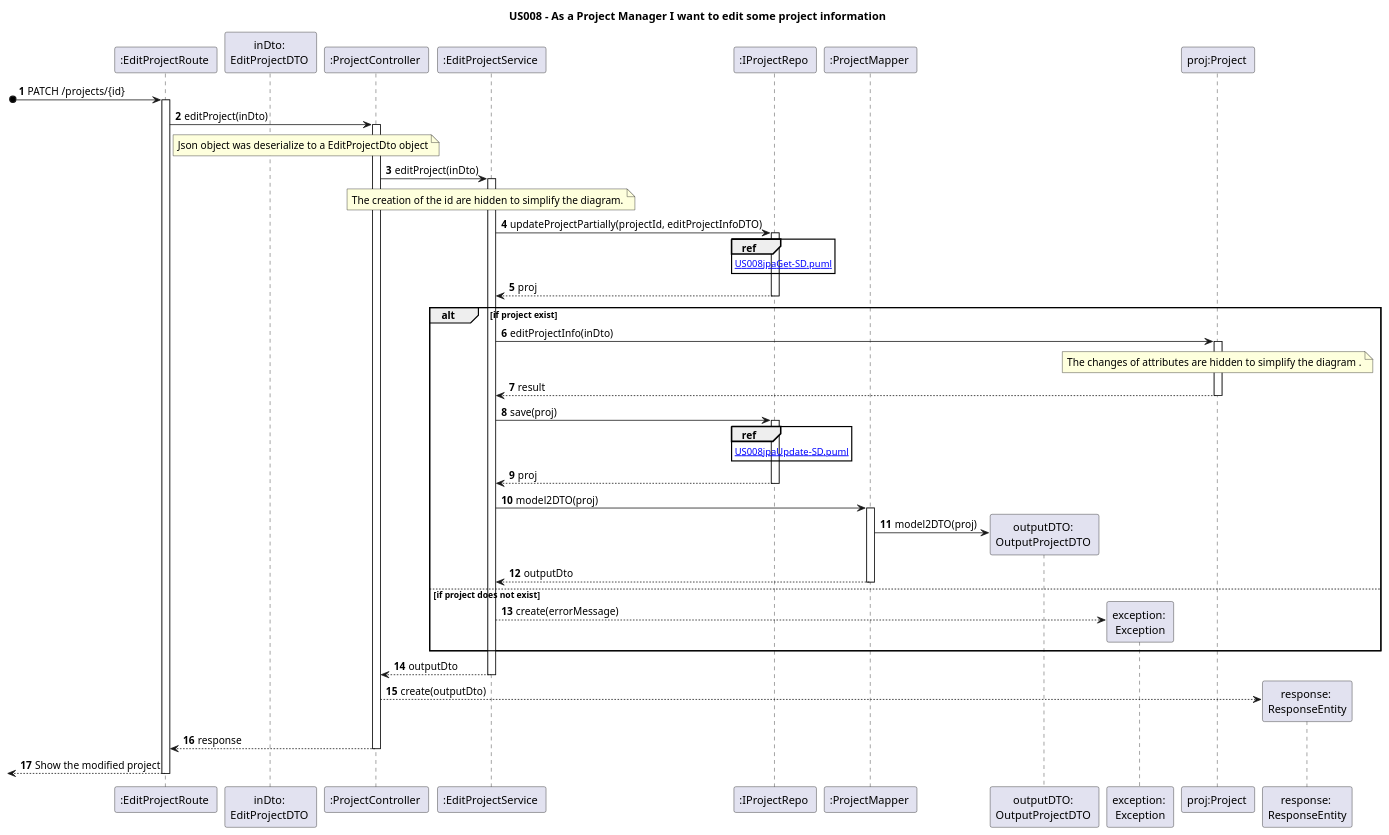
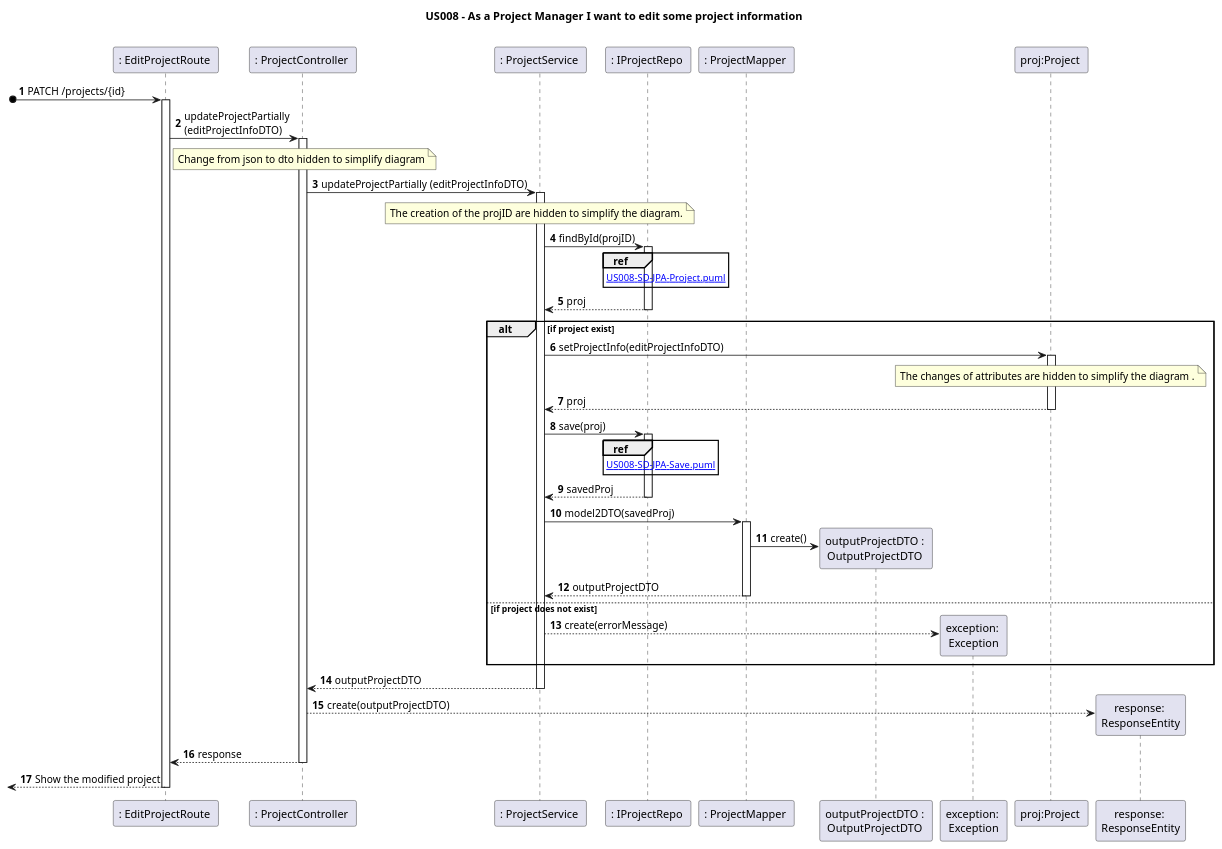
One commit to nunogon1211787/projectManagement changed the diagram in docs/Sprint1/US008/US008-SD.puml. Above: the diagram before and after it, drawn with PlantUML. The commit also changed 49 other files, not shown here.

```diff
--- a/docs/Sprint1/US008/US008-SD.puml
+++ b/docs/Sprint1/US008/US008-SD.puml
@@ -1,71 +1,69 @@
 @startuml
 'https://plantuml.com/class-diagram
 
 title US008 - As a Project Manager I want to edit some project information
 
 autoactivate on
 autonumber
 
 
-participant ":EditProjectRoute " as route
-participant "inDto: \nEditProjectDTO " as inDto
-participant ":ProjectController " as controller
-participant ":EditProjectService " as service
-participant ":IProjectRepo " as store
-participant ":ProjectMapper " as mapper
-participant "outputDTO: \nOutputProjectDTO " as dto
+participant ": EditProjectRoute " as route
+participant ": ProjectController " as controller
+participant ": ProjectService " as service
+participant ": IProjectRepo " as store
+participant ": ProjectMapper " as mapper
+participant "outputProjectDTO : \nOutputProjectDTO " as dto
 participant "exception: \nException" as exc
 participant "proj:Project " as project
 participant "response: \nResponseEntity" as json
 
 
 [o->  route: PATCH /projects/{id}
-route -> controller: editProject(inDto)
+route -> controller: updateProjectPartially\n(editProjectInfoDTO)
 
-note right route: Json object was deserialize to a EditProjectDto object
+note right route: Change from json to dto hidden to simplify diagram
 
-controller -> service: editProject(inDto)
+controller -> service: updateProjectPartially (editProjectInfoDTO)
 
-note over service : The creation of the id are hidden to simplify the diagram.
+note over service : The creation of the projID are hidden to simplify the diagram.
 
-service -> store: updateProjectPartially(projectId, editProjectInfoDTO)
+service -> store: findById(projID)
 
-ref over store: [[US008jpaGet-SD.puml]]
+ref over store: [[US008-SD-JPA-Project.puml]]
 
 store --> service: proj
 
 alt if project exist
 
-service -> project: editProjectInfo(inDto)
+service -> project: setProjectInfo(editProjectInfoDTO)
 
 note over project : The changes of attributes are hidden to simplify the diagram .
 
-project --> service : result
+project --> service : proj
 
 service -> store : save(proj)
 
-ref over store: [[US008jpaUpdate-SD.puml]]
-store --> service : proj
+ref over store: [[US008-SD-JPA-Save.puml]]
+store --> service : savedProj
 
-service -> mapper: model2DTO(proj)
+service -> mapper: model2DTO(savedProj)
 
-mapper -> dto**: model2DTO(proj)
+mapper -> dto**: create()
 
-mapper --> service: outputDto
+mapper --> service: outputProjectDTO
 
 else if project does not exist
 
 service --> exc** : create(errorMessage)
 
 end
 
-service --> controller: outputDto
-
-controller --> json**: create(outputDto)
+service --> controller: outputProjectDTO
+controller --> json**: create(outputProjectDTO)
 
 controller --> route: response
 
 
 [<-- route: Show the modified project
 
 @enduml
```
